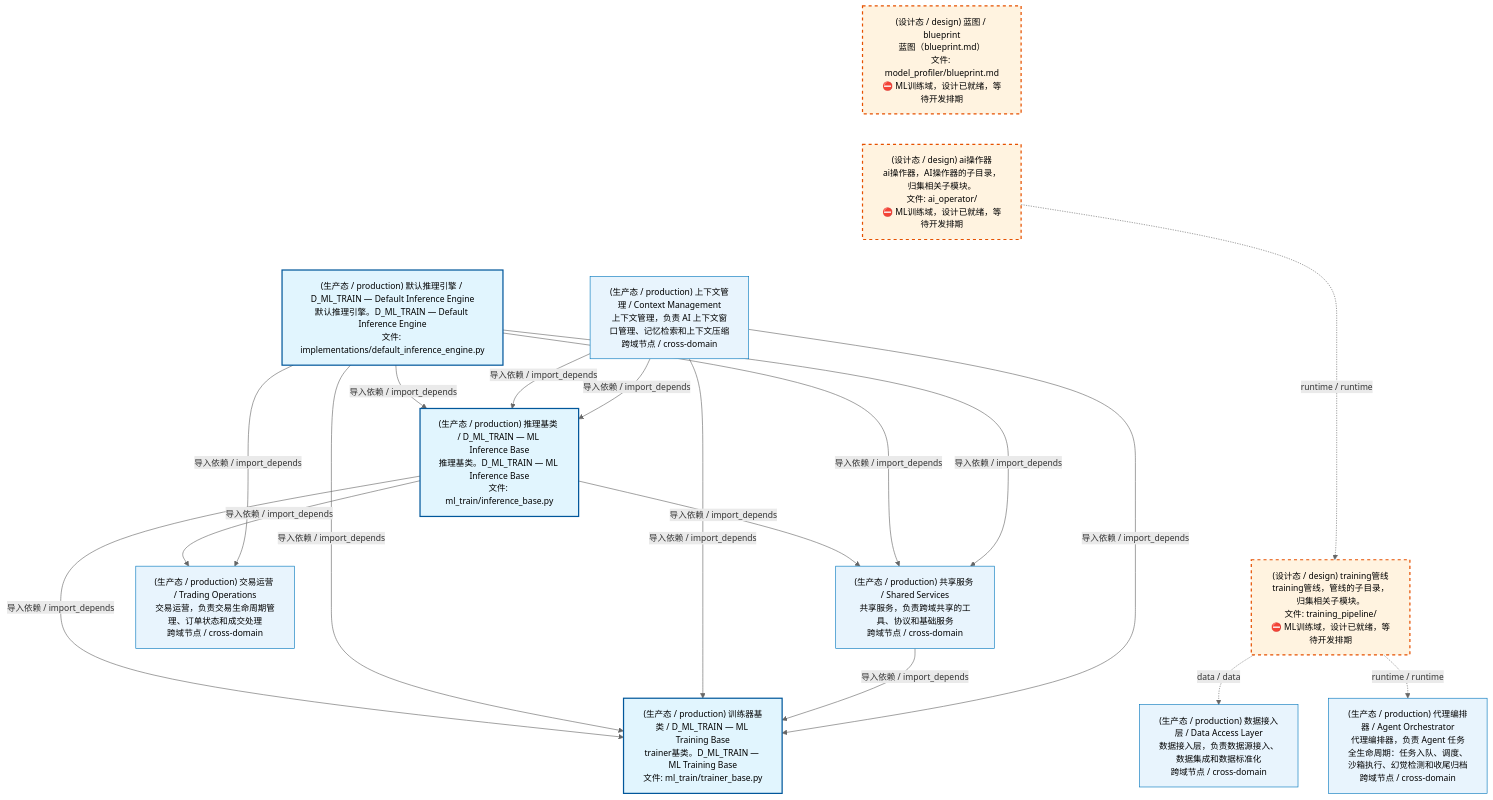
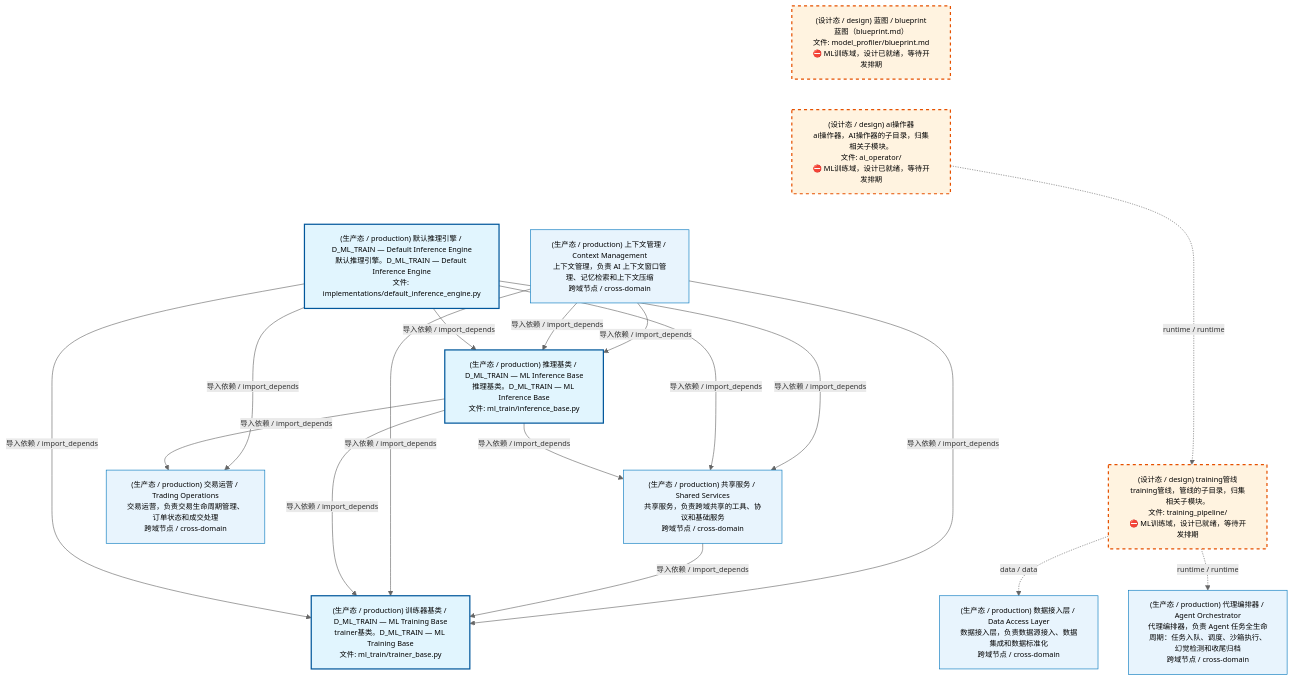
The first of 4 diagrams in docs/02_enterprise_architecture/02_domain_architecture_docs/61_d_ml_train.md (xuanFelixVan/ZephyrAlpha), drawn with Mermaid before and after one commit. The commit also changed other lines of this file and 62 other files, not shown here.

````diff
--- a/docs/02_enterprise_architecture/02_domain_architecture_docs/61_d_ml_train.md
+++ b/docs/02_enterprise_architecture/02_domain_architecture_docs/61_d_ml_train.md
@@ -53,41 +53,41 @@
 ```mermaid
-%%{init: {'theme': 'base', 'themeVariables': {'primaryColor': '#eaeaea', 'primaryTextColor': '#333333', 'primaryBorderColor': '#666666', 'lineColor': '#666666', 'secondaryColor': '#eaeaea', 'tertiaryColor': '#eaeaea', 'fontSize': '14px'}}}%%
+%%{init: {'theme': 'base', 'themeVariables': {'primaryColor': '#eaeaea', 'primaryTextColor': '#333333', 'primaryBorderColor': '#666666', 'lineColor': '#666666', 'secondaryColor': '#eaeaea', 'tertiaryColor': '#eaeaea', 'fontSize': '12px'}}}%%
 flowchart TD
     docs_03_modules_cross_layer_model_profiler_blueprint_md["(设计态 / design) 蓝图 / blueprint<br/>蓝图（blueprint.md）<br/>文件: model_profiler/blueprint.md<br/>⛔ ML训练域，设计已就绪，等待开发排期"]
     src_zephyr_ml_train_ai_operator["(设计态 / design) ai操作器<br/>ai操作器，AI操作器的子目录，归集相关子模块。<br/>文件: ai_operator/<br/>⛔ ML训练域，设计已就绪，等待开发排期"]
     src_zephyr_ml_train_implementations_default_inference_engine_py["(生产态 / production) 默认推理引擎 / D_ML_TRAIN — Default Inference Engine<br/>默认推理引擎。D_ML_TRAIN — Default Inference Engine<br/>文件: implementations/default_inference_engine.py"]
     docs_03_modules_cross_layer_model_profiler_blueprint_md ~~~ src_zephyr_ml_train_ai_operator
     src_zephyr_ml_train_ai_operator ~~~ src_zephyr_ml_train_implementations_default_inference_engine_py
     src_zephyr_ml_train_inference_base_py["(生产态 / production) 推理基类 / D_ML_TRAIN — ML Inference Base<br/>推理基类。D_ML_TRAIN — ML Inference Base<br/>文件: ml_train/inference_base.py"]
     src_zephyr_ml_train_training_pipeline["(设计态 / design) training管线<br/>training管线，管线的子目录，归集相关子模块。<br/>文件: training_pipeline/<br/>⛔ ML训练域，设计已就绪，等待开发排期"]
     src_zephyr_ml_train_inference_base_py ~~~ src_zephyr_ml_train_training_pipeline
     src_zephyr_ml_train_trainer_base_py["(生产态 / production) 训练器基类 / D_ML_TRAIN — ML Training Base<br/>trainer基类。D_ML_TRAIN — ML Training Base<br/>文件: ml_train/trainer_base.py"]
     src_zephyr_ml_train_ai_operator -.->|runtime / runtime| src_zephyr_ml_train_training_pipeline
-    src_zephyr_ml_train_inference_base_py -->|导入依赖 / import_depends| src_zephyr_ml_train_trainer_base_py
     src_zephyr_ml_train_implementations_default_inference_engine_py -->|导入依赖 / import_depends| src_zephyr_ml_train_trainer_base_py
     src_zephyr_ml_train_implementations_default_inference_engine_py -->|导入依赖 / import_depends| src_zephyr_ml_train_inference_base_py
+    src_zephyr_ml_train_inference_base_py -->|导入依赖 / import_depends| src_zephyr_ml_train_trainer_base_py
     D_DATA["(生产态 / production) 数据接入层 / Data Access Layer<br/>数据接入层，负责数据源接入、数据集成和数据标准化<br/>跨域节点 / cross-domain"]
     src_zephyr_ml_train_training_pipeline -.->|data / data| D_DATA
     D_ORCHESTRATOR["(生产态 / production) 代理编排器 / Agent Orchestrator<br/>代理编排器，负责 Agent 任务全生命周期：任务入队、调度、沙箱执行、幻觉检测和收尾归档<br/>跨域节点 / cross-domain"]
     src_zephyr_ml_train_training_pipeline -.->|runtime / runtime| D_ORCHESTRATOR
     D_TRADING["(生产态 / production) 交易运营 / Trading Operations<br/>交易运营，负责交易生命周期管理、订单状态和成交处理<br/>跨域节点 / cross-domain"]
     src_zephyr_ml_train_inference_base_py -->|导入依赖 / import_depends| D_TRADING
     D_SHARED["(生产态 / production) 共享服务 / Shared Services<br/>共享服务，负责跨域共享的工具、协议和基础服务<br/>跨域节点 / cross-domain"]
     src_zephyr_ml_train_inference_base_py -->|导入依赖 / import_depends| D_SHARED
     src_zephyr_ml_train_implementations_default_inference_engine_py -->|导入依赖 / import_depends| D_TRADING
     src_zephyr_ml_train_implementations_default_inference_engine_py -->|导入依赖 / import_depends| D_SHARED
     src_zephyr_ml_train_implementations_default_inference_engine_py -->|导入依赖 / import_depends| D_SHARED
     D_INTELLIGENCE["(生产态 / production) 上下文管理 / Context Management<br/>上下文管理，负责 AI 上下文窗口管理、记忆检索和上下文压缩<br/>跨域节点 / cross-domain"]
     D_INTELLIGENCE -->|导入依赖 / import_depends| src_zephyr_ml_train_inference_base_py
     D_INTELLIGENCE -->|导入依赖 / import_depends| src_zephyr_ml_train_trainer_base_py
     D_SHARED -->|导入依赖 / import_depends| src_zephyr_ml_train_trainer_base_py
     D_INTELLIGENCE -->|导入依赖 / import_depends| src_zephyr_ml_train_inference_base_py
     D_INTELLIGENCE -->|导入依赖 / import_depends| src_zephyr_ml_train_trainer_base_py
     classDef production fill:#e1f5fe,stroke:#01579b,stroke-width:2px,color:#000
     classDef design fill:#fff3e0,stroke:#e65100,stroke-width:2px,color:#000,stroke-dasharray: 5 5
     classDef external_prod fill:#e8f4fd,stroke:#0277bd,stroke-width:1px,color:#000
     classDef external_design fill:#fff8e7,stroke:#ef6c00,stroke-width:1px,color:#000,stroke-dasharray: 5 5
     class src_zephyr_ml_train_implementations_default_inference_engine_py,src_zephyr_ml_train_inference_base_py,src_zephyr_ml_train_trainer_base_py production
     class docs_03_modules_cross_layer_model_profiler_blueprint_md,src_zephyr_ml_train_ai_operator,src_zephyr_ml_train_training_pipeline design
     class D_DATA,D_ORCHESTRATOR,D_TRADING,D_SHARED,D_INTELLIGENCE external_prod
 ```
````
